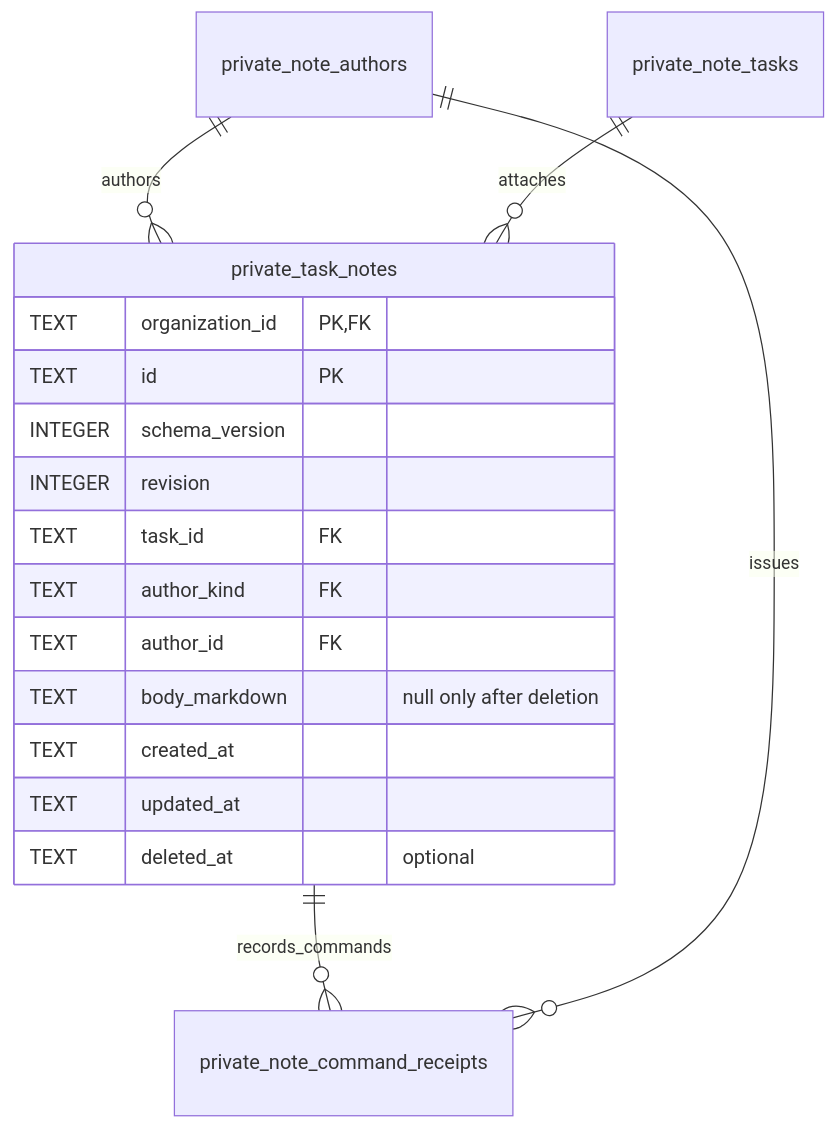
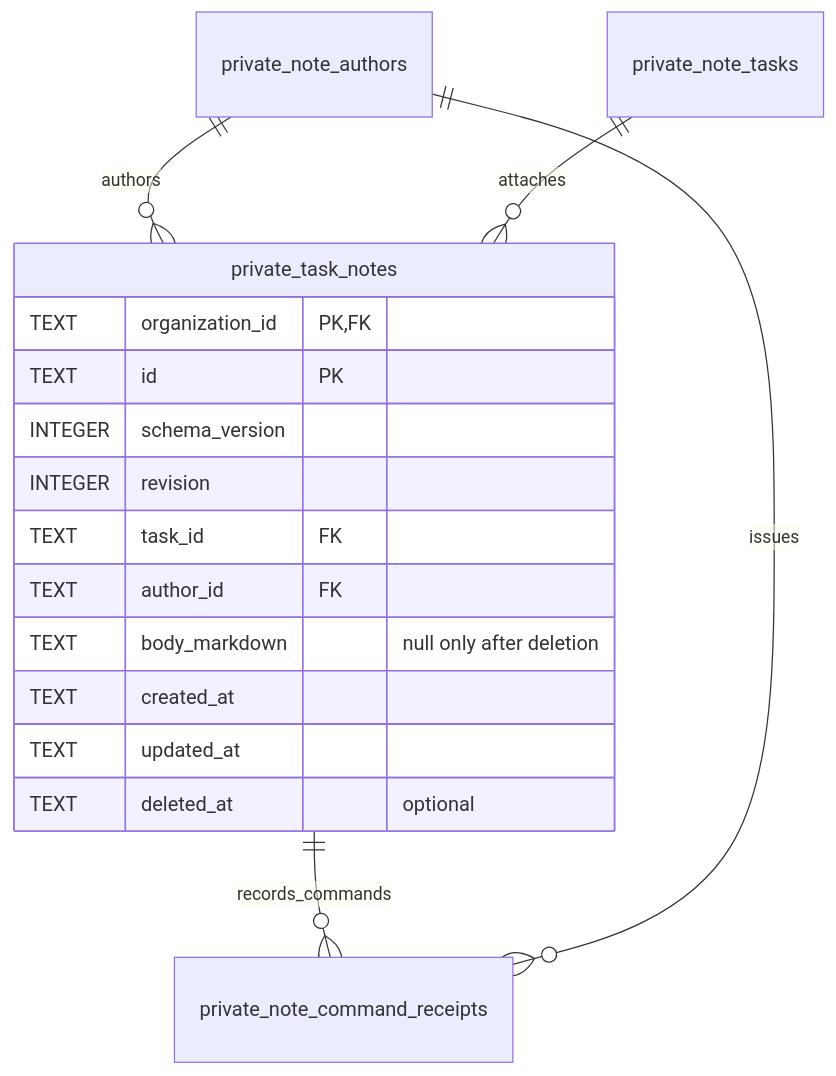
The third of 3 diagrams in docs/design/organization-data/05-operational-data.md (vgmello/agentic-org), drawn with Mermaid before and after one commit. The commit also changed other lines of this file and 16 other files, not shown here.

````diff
--- a/docs/design/organization-data/05-operational-data.md
+++ b/docs/design/organization-data/05-operational-data.md
@@ -440,20 +438,19 @@
 ```mermaid
 erDiagram
     private_note_authors ||--o{ private_task_notes : authors
     private_note_tasks ||--o{ private_task_notes : attaches
     private_task_notes ||--o{ private_note_command_receipts : records_commands
     private_note_authors ||--o{ private_note_command_receipts : issues
     private_task_notes {
         TEXT organization_id PK, FK
         TEXT id PK
         INTEGER schema_version
         INTEGER revision
         TEXT task_id FK
-        TEXT author_kind FK
         TEXT author_id FK
         TEXT body_markdown "null only after deletion"
         TEXT created_at
         TEXT updated_at
         TEXT deleted_at "optional"
     }
 ```
````
